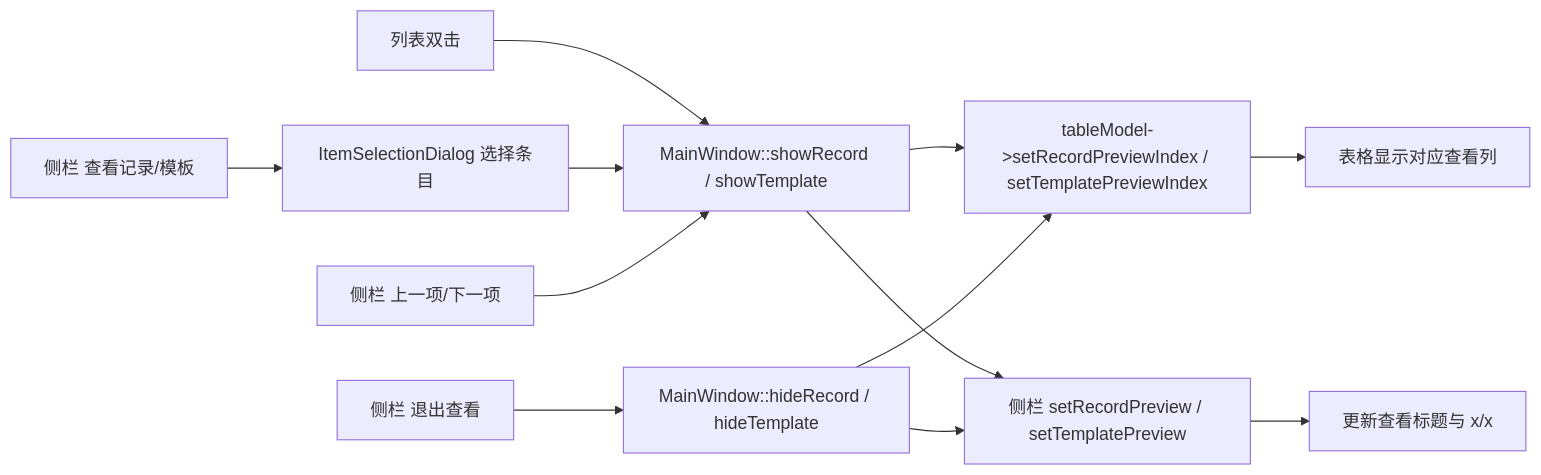
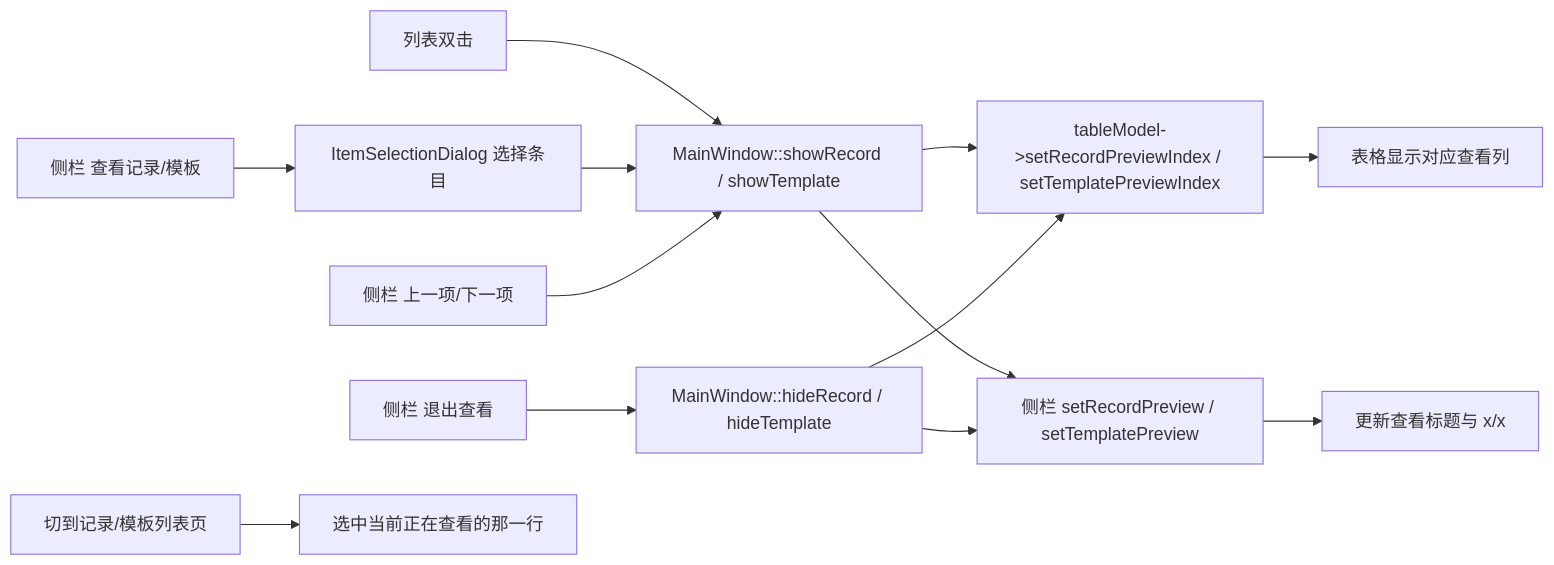
Before and after one commit to fz1251/ClassScoreManager: the fourth of 7 diagrams in docs/structure.md, drawn with Mermaid. The commit also changed other lines of this file and 9 other files, not shown here.

````diff
--- a/docs/structure.md
+++ b/docs/structure.md
@@ -132,14 +138,15 @@
 ```mermaid
 flowchart LR
     Double[列表双击] --> Show[MainWindow::showRecord / showTemplate]
     View[侧栏 查看记录/模板] --> Select[ItemSelectionDialog 选择条目]
     Select --> Show
     Nav[侧栏 上一项/下一项] --> Show
     Exit[侧栏 退出查看] --> Hide[MainWindow::hideRecord / hideTemplate]
     Show --> SetPreview[tableModel->setRecordPreviewIndex / setTemplatePreviewIndex]
     Hide --> SetPreview
     SetPreview --> Column[表格显示对应查看列]
     Show --> SidebarSet[侧栏 setRecordPreview / setTemplatePreview]
     Hide --> SidebarSet
     SidebarSet --> Pos[更新查看标题与 x/x]
+    Enter[切到记录/模板列表页] --> Sync[选中当前正在查看的那一行]
 ```
````
